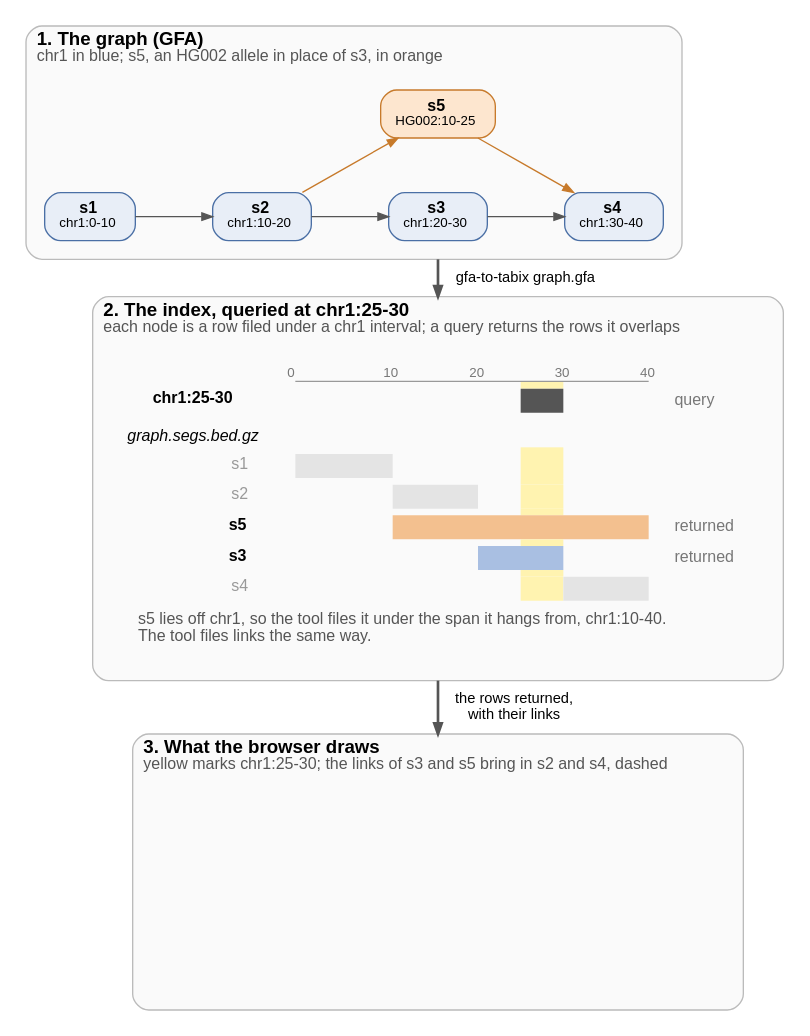
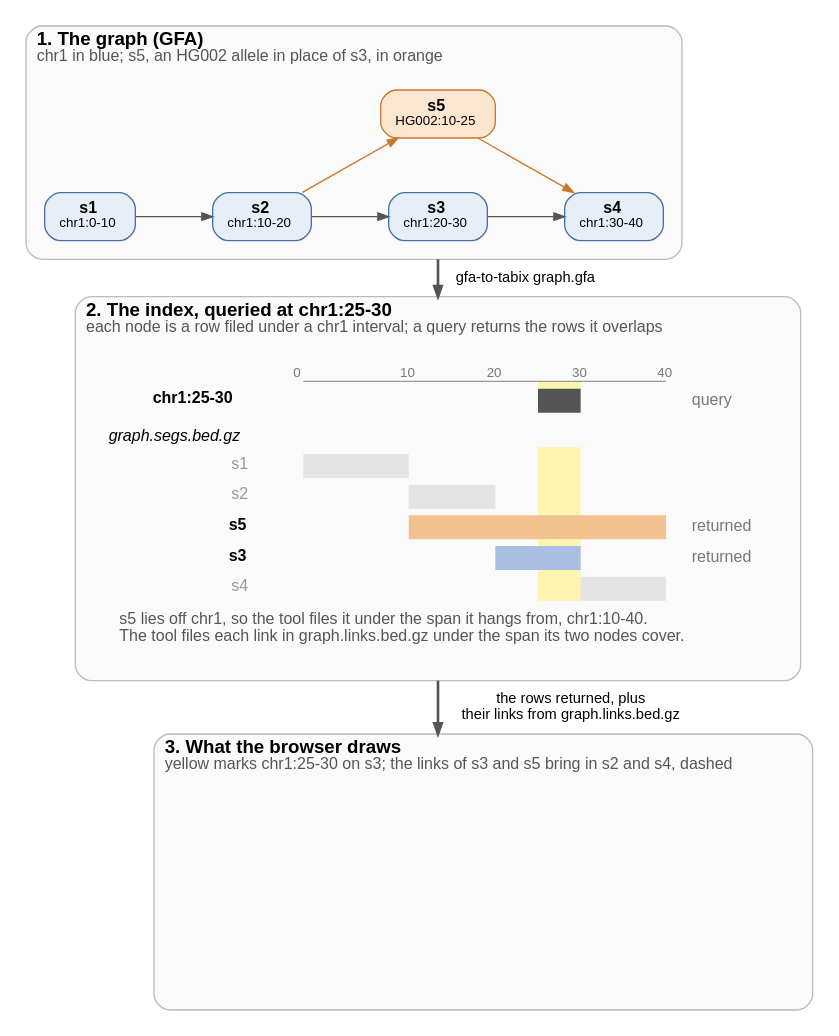
Before and after one commit to GMOD/gfa-to-tabix: the diagram in docs/figures/overview.dot, drawn with Graphviz. The commit also changed 7 other files, not shown here.

```diff
--- a/docs/figures/overview.dot
+++ b/docs/figures/overview.dot
@@ -1,73 +1,73 @@
 // scripts/figures.py fills the marked rows from the tool's output and draws this figure
 digraph overview {
   bgcolor="white"
   fontname="Helvetica"
   newrank=true
   compound=true
   nodesep=0.4
   ranksep=0.55
   node [fontname="Helvetica", fontsize=12, shape=box, style="filled,rounded", fillcolor="#e8eef7", color="#4a6fa5", margin="0.15,0.06"]
   edge [fontname="Helvetica", fontsize=11, color="#555555", arrowsize=0.8]
 
   subgraph {
     graph [labeljust=l, fontsize=14, color="#bbbbbb", style="rounded,filled", fillcolor="#fafafa", margin=14]
 
     subgraph cluster_graph {
       label=<<B>1. The graph (GFA)</B><BR ALIGN="LEFT"/><FONT POINT-SIZE="12" COLOR="#555555">chr1 in blue; s5, an HG002 allele in place of s3, in orange</FONT><BR ALIGN="LEFT"/>>
       // begin graph
       s1 [label=<<B>s1</B><BR/><FONT POINT-SIZE="10">chr1:0-10</FONT>>]
       s2 [label=<<B>s2</B><BR/><FONT POINT-SIZE="10">chr1:10-20</FONT>>]
       s3 [label=<<B>s3</B><BR/><FONT POINT-SIZE="10">chr1:20-30</FONT>>]
       s4 [label=<<B>s4</B><BR/><FONT POINT-SIZE="10">chr1:30-40</FONT>>]
       s5 [label=<<B>s5</B><BR/><FONT POINT-SIZE="10">HG002:10-25</FONT>>, fillcolor="#fde6cf", color="#c77a2b"]
       {rank=same; s1; s2; s3; s4}
       s1 -> s2 [weight=20]
       s2 -> s3 [weight=20]
       s2 -> s5 [color="#c77a2b", constraint=false]
       s3 -> s4 [weight=20]
       s5 -> s4 [color="#c77a2b", constraint=false]
       s5 -> s3 [style=invis, weight=20]
       // end graph
     }
 
     subgraph cluster_query {
       label=<<B>2. The index, queried at chr1:25-30</B><BR ALIGN="LEFT"/><FONT POINT-SIZE="12" COLOR="#555555">each node is a row filed under a chr1 interval; a query returns the rows it overlaps</FONT><BR ALIGN="LEFT"/>>
       hits [shape=plaintext, style="", label=<
         <TABLE BORDER="0" CELLBORDER="0" CELLSPACING="0" CELLPADDING="0">
           <!-- begin lanes -->
           <TR><TD></TD><TD WIDTH="16"></TD><TD WIDTH="16"></TD><TD WIDTH="16"></TD><TD WIDTH="16"></TD><TD WIDTH="16"></TD><TD WIDTH="16"></TD><TD WIDTH="16"></TD><TD WIDTH="16"></TD><TD WIDTH="16"></TD><TD WIDTH="16"></TD><TD WIDTH="16"></TD><TD WIDTH="16"></TD><TD WIDTH="16"></TD><TD WIDTH="16"></TD><TD WIDTH="16"></TD><TD WIDTH="16"></TD><TD WIDTH="16"></TD><TD WIDTH="16"></TD><TD></TD></TR>
           <TR><TD></TD><TD COLSPAN="2"><FONT POINT-SIZE="10" COLOR="#777777">0</FONT></TD><TD COLSPAN="2"></TD><TD COLSPAN="2"><FONT POINT-SIZE="10" COLOR="#777777">10</FONT></TD><TD COLSPAN="2"></TD><TD COLSPAN="2"><FONT POINT-SIZE="10" COLOR="#777777">20</FONT></TD><TD COLSPAN="2"></TD><TD COLSPAN="2"><FONT POINT-SIZE="10" COLOR="#777777">30</FONT></TD><TD COLSPAN="2"></TD><TD COLSPAN="2"><FONT POINT-SIZE="10" COLOR="#777777">40</FONT></TD><TD></TD></TR>
           <TR><TD HEIGHT="1"></TD><TD></TD><TD COLSPAN="16" BGCOLOR="#999999"></TD><TD></TD><TD></TD></TR>
           <TR><TD HEIGHT="5"></TD><TD></TD><TD></TD><TD></TD><TD></TD><TD></TD><TD></TD><TD></TD><TD></TD><TD></TD><TD></TD><TD></TD><TD BGCOLOR="#fff3b0"></TD><TD BGCOLOR="#fff3b0"></TD><TD></TD><TD></TD><TD></TD><TD></TD><TD></TD><TD></TD></TR>
           <TR><TD ALIGN="RIGHT" HEIGHT="18"><B>chr1:25-30</B>  </TD><TD></TD><TD COLSPAN="10"></TD><TD COLSPAN="2" BGCOLOR="#555555"></TD><TD COLSPAN="4"></TD><TD></TD><TD ALIGN="LEFT"><FONT POINT-SIZE="12" COLOR="#777777">  query</FONT></TD></TR>
           <TR><TD COLSPAN="20" ALIGN="LEFT" HEIGHT="26" VALIGN="BOTTOM"><I>graph.segs.bed.gz</I></TD></TR>
           <TR><TD HEIGHT="5"></TD><TD></TD><TD></TD><TD></TD><TD></TD><TD></TD><TD></TD><TD></TD><TD></TD><TD></TD><TD></TD><TD></TD><TD BGCOLOR="#fff3b0"></TD><TD BGCOLOR="#fff3b0"></TD><TD></TD><TD></TD><TD></TD><TD></TD><TD></TD><TD></TD></TR>
           <TR><TD ALIGN="RIGHT" HEIGHT="18"><FONT COLOR="#999999">s1</FONT>  </TD><TD></TD><TD COLSPAN="4" BGCOLOR="#e4e4e4"></TD><TD COLSPAN="6"></TD><TD COLSPAN="2" BGCOLOR="#fff3b0"></TD><TD COLSPAN="4"></TD><TD></TD><TD ALIGN="LEFT"></TD></TR>
           <TR><TD HEIGHT="5"></TD><TD></TD><TD></TD><TD></TD><TD></TD><TD></TD><TD></TD><TD></TD><TD></TD><TD></TD><TD></TD><TD></TD><TD BGCOLOR="#fff3b0"></TD><TD BGCOLOR="#fff3b0"></TD><TD></TD><TD></TD><TD></TD><TD></TD><TD></TD><TD></TD></TR>
           <TR><TD ALIGN="RIGHT" HEIGHT="18"><FONT COLOR="#999999">s2</FONT>  </TD><TD></TD><TD COLSPAN="4"></TD><TD COLSPAN="4" BGCOLOR="#e4e4e4"></TD><TD COLSPAN="2"></TD><TD COLSPAN="2" BGCOLOR="#fff3b0"></TD><TD COLSPAN="4"></TD><TD></TD><TD ALIGN="LEFT"></TD></TR>
           <TR><TD HEIGHT="5"></TD><TD></TD><TD></TD><TD></TD><TD></TD><TD></TD><TD></TD><TD></TD><TD></TD><TD></TD><TD></TD><TD></TD><TD BGCOLOR="#fff3b0"></TD><TD BGCOLOR="#fff3b0"></TD><TD></TD><TD></TD><TD></TD><TD></TD><TD></TD><TD></TD></TR>
           <TR><TD ALIGN="RIGHT" HEIGHT="18"><B>s5</B>  </TD><TD></TD><TD COLSPAN="4"></TD><TD COLSPAN="12" BGCOLOR="#f3c08f"></TD><TD></TD><TD ALIGN="LEFT"><FONT POINT-SIZE="12" COLOR="#777777">  returned</FONT></TD></TR>
           <TR><TD HEIGHT="5"></TD><TD></TD><TD></TD><TD></TD><TD></TD><TD></TD><TD></TD><TD></TD><TD></TD><TD></TD><TD></TD><TD></TD><TD BGCOLOR="#fff3b0"></TD><TD BGCOLOR="#fff3b0"></TD><TD></TD><TD></TD><TD></TD><TD></TD><TD></TD><TD></TD></TR>
           <TR><TD ALIGN="RIGHT" HEIGHT="18"><B>s3</B>  </TD><TD></TD><TD COLSPAN="8"></TD><TD COLSPAN="4" BGCOLOR="#a9bfe2"></TD><TD COLSPAN="4"></TD><TD></TD><TD ALIGN="LEFT"><FONT POINT-SIZE="12" COLOR="#777777">  returned</FONT></TD></TR>
           <TR><TD HEIGHT="5"></TD><TD></TD><TD></TD><TD></TD><TD></TD><TD></TD><TD></TD><TD></TD><TD></TD><TD></TD><TD></TD><TD></TD><TD BGCOLOR="#fff3b0"></TD><TD BGCOLOR="#fff3b0"></TD><TD></TD><TD></TD><TD></TD><TD></TD><TD></TD><TD></TD></TR>
           <TR><TD ALIGN="RIGHT" HEIGHT="18"><FONT COLOR="#999999">s4</FONT>  </TD><TD></TD><TD COLSPAN="10"></TD><TD COLSPAN="2" BGCOLOR="#fff3b0"></TD><TD COLSPAN="4" BGCOLOR="#e4e4e4"></TD><TD></TD><TD ALIGN="LEFT"></TD></TR>
           <!-- end lanes -->
           <!-- begin caption -->
-          <TR><TD BORDER="0" CELLPADDING="8" COLSPAN="20" ALIGN="LEFT" BALIGN="LEFT"><FONT POINT-SIZE="12" COLOR="#555555">s5 lies off chr1, so the tool files it under the span it hangs from, chr1:10-40.<BR/>The tool files links the same way.</FONT></TD></TR>
+          <TR><TD BORDER="0" CELLPADDING="8" COLSPAN="20" ALIGN="LEFT" BALIGN="LEFT"><FONT POINT-SIZE="12" COLOR="#555555">s5 lies off chr1, so the tool files it under the span it hangs from, chr1:10-40.<BR/>The tool files each link in graph.links.bed.gz under the span its two nodes cover.</FONT></TD></TR>
           <!-- end caption -->
         </TABLE>>]
     }
 
     subgraph cluster_drawn {
-      label=<<B>3. What the browser draws</B><BR ALIGN="LEFT"/><FONT POINT-SIZE="12" COLOR="#555555">yellow marks chr1:25-30; the links of s3 and s5 bring in s2 and s4, dashed</FONT><BR ALIGN="LEFT"/>>
+      label=<<B>3. What the browser draws</B><BR ALIGN="LEFT"/><FONT POINT-SIZE="12" COLOR="#555555">yellow marks chr1:25-30 on s3; the links of s3 and s5 bring in s2 and s4, dashed</FONT><BR ALIGN="LEFT"/>>
       // begin drawn
       drawn [shape=box, style="", color=transparent, label="", fixedsize=true, width=5.29, height=2.02]
       // end drawn
     }
   }
 
   // begin arrows
   s3 -> hits [ltail=cluster_graph, lhead=cluster_query, label="  gfa-to-tabix graph.gfa", penwidth=2]
-  hits -> drawn [ltail=cluster_query, lhead=cluster_drawn, label="  the rows returned,\n  with their links", penwidth=2]
+  hits -> drawn [ltail=cluster_query, lhead=cluster_drawn, label="  the rows returned, plus\n  their links from graph.links.bed.gz", penwidth=2]
   // end arrows
 }
```
